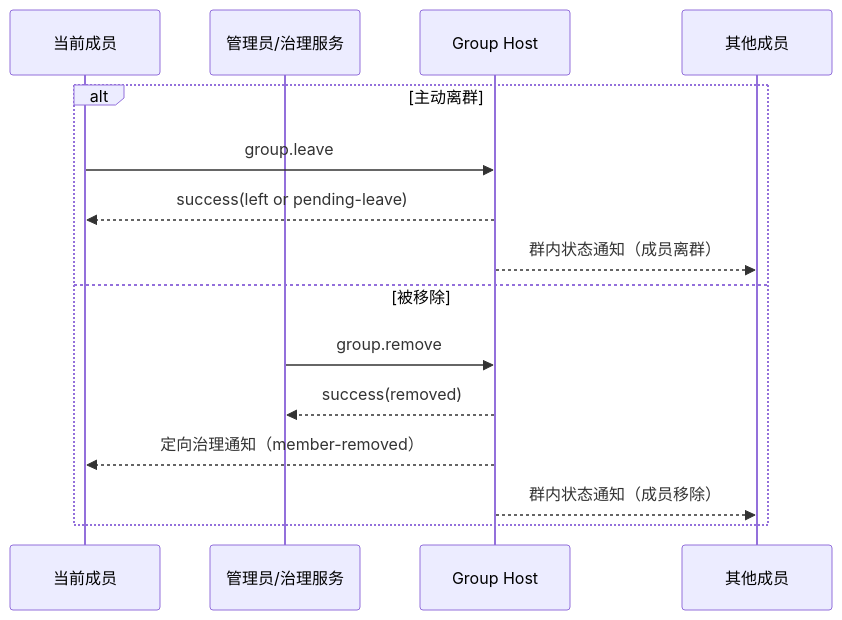
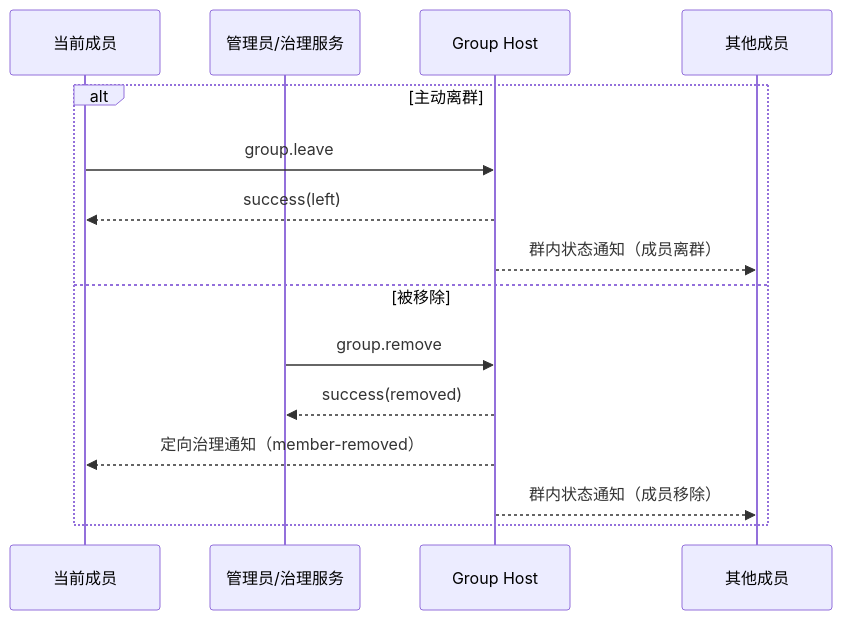
The sixth of 7 diagrams in chinese/message/04-群组基础语义.md (NeatNerdPrime/AgentNetworkProtocol), drawn with Mermaid before and after one commit. The commit also changed other lines of this file and 3 other files, not shown here.

````diff
--- a/chinese/message/04-群组基础语义.md
+++ b/chinese/message/04-群组基础语义.md
@@ -1631,18 +1690,18 @@
 ```mermaid
 sequenceDiagram
     participant Member as 当前成员
     participant Operator as 管理员/治理服务
     participant Host as Group Host
     participant Members as 其他成员
 
     alt 主动离群
         Member->>Host: group.leave
-        Host-->>Member: success(left or pending-leave)
+        Host-->>Member: success(left)
         Host-->>Members: 群内状态通知（成员离群）
     else 被移除
         Operator->>Host: group.remove
         Host-->>Operator: success(removed)
         Host-->>Member: 定向治理通知（member-removed）
         Host-->>Members: 群内状态通知（成员移除）
     end
 ```
````
